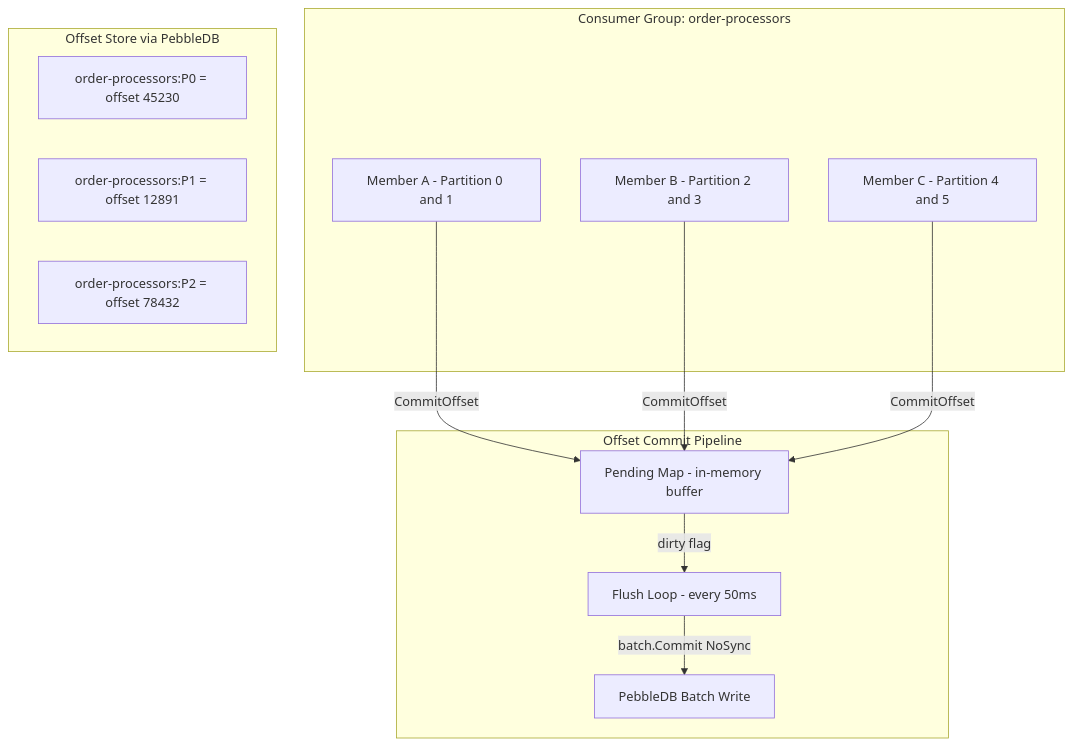
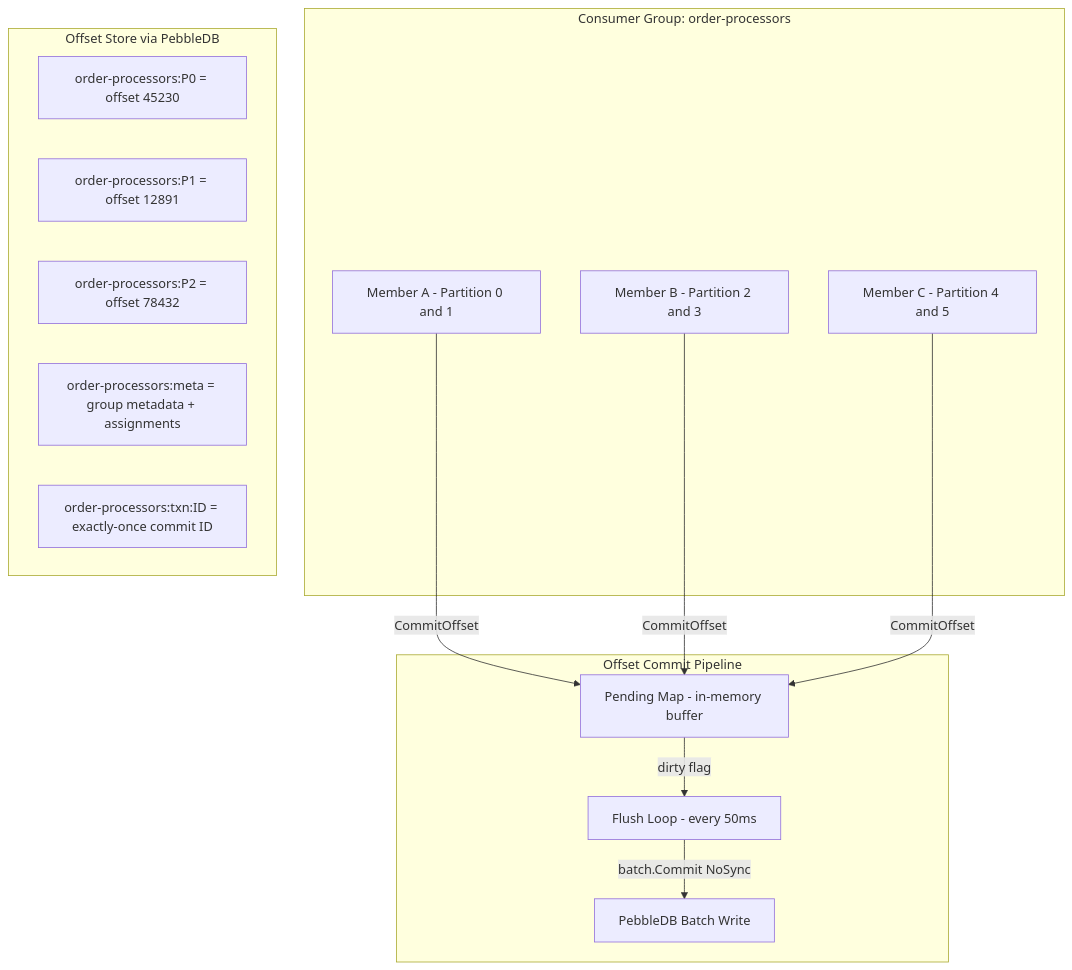
Diagram 27 of 45 in ARCHITECTURE.md (jatin711-debug/cronos_db_golang), drawn with Mermaid before and after one commit. The commit also changed other lines of this file and 18 other files, not shown here.

Commit message:
docs: update architecture docs for WAL v2, --dev mode, security defaults, retention, CDC, and graceful gRPC

````diff
--- a/ARCHITECTURE.md
+++ b/ARCHITECTURE.md
@@ -788,26 +823,28 @@
 ```mermaid
 graph TB
     subgraph Consumer Group: order-processors
         M1[Member A - Partition 0 and 1]
         M2[Member B - Partition 2 and 3]
         M3[Member C - Partition 4 and 5]
     end
 
     subgraph Offset Store via PebbleDB
         O1[order-processors:P0 = offset 45230]
         O2[order-processors:P1 = offset 12891]
         O3[order-processors:P2 = offset 78432]
+        O4[order-processors:meta = group metadata + assignments]
+        O5[order-processors:txn:ID = exactly-once commit ID]
     end
 
     subgraph Offset Commit Pipeline
         PEN[Pending Map - in-memory buffer]
         FL[Flush Loop - every 50ms]
         DB[PebbleDB Batch Write]
     end
 
     M1 -->|CommitOffset| PEN
     M2 -->|CommitOffset| PEN
     M3 -->|CommitOffset| PEN
     PEN -->|dirty flag| FL
     FL -->|batch.Commit NoSync| DB
 ```
````
